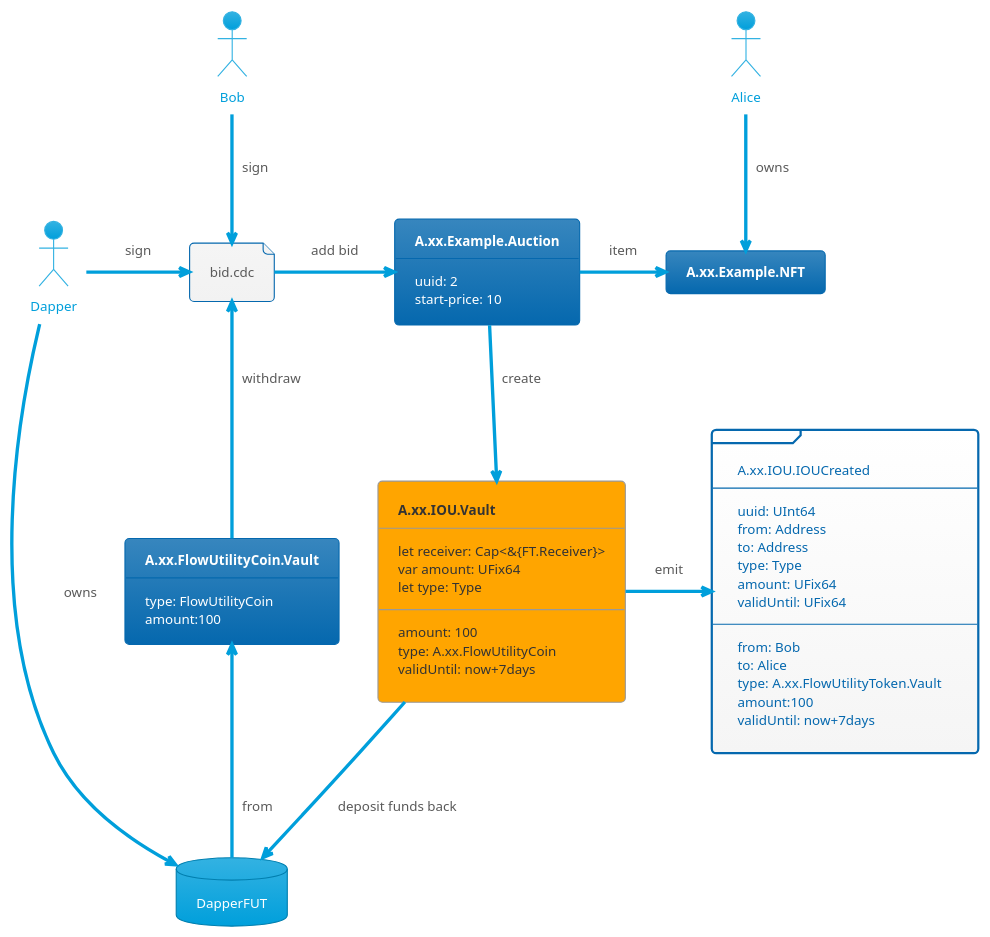
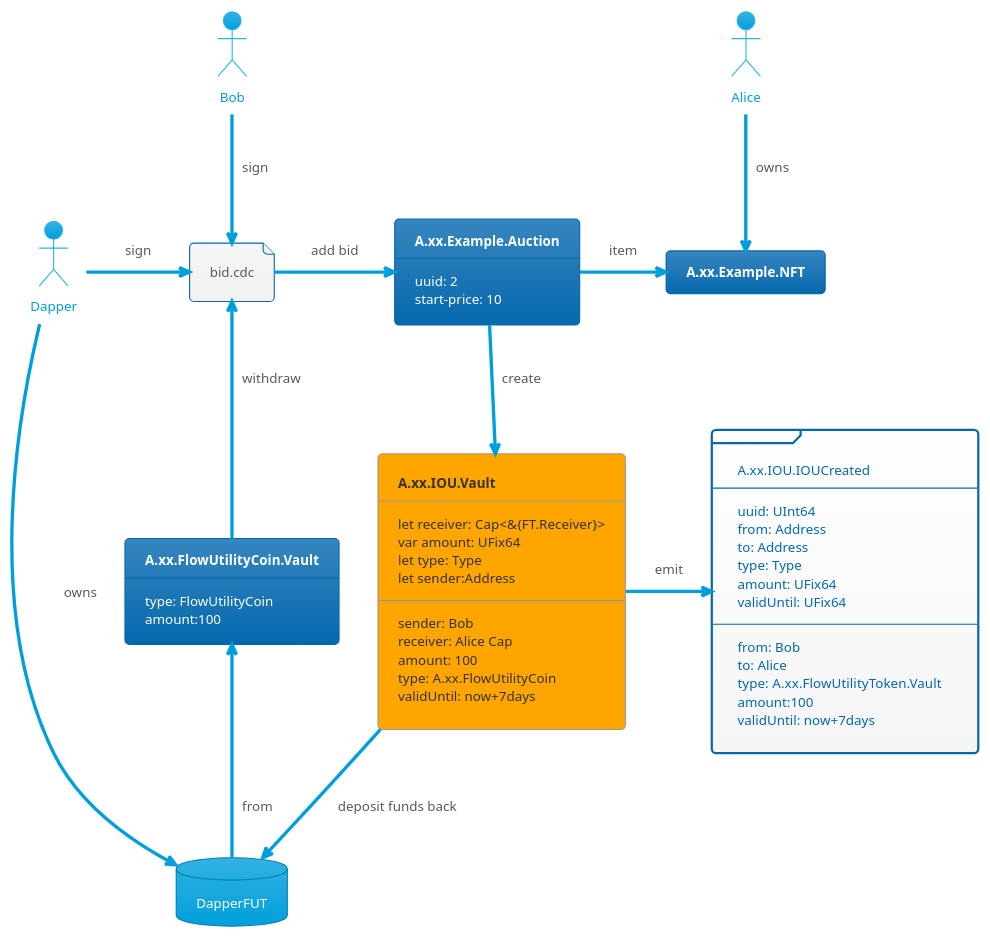
Before and after one commit to findonflow/iou: the diagram in bid.puml, drawn with PlantUML. The commit also changed 7 other files, not shown here.

```diff
--- a/bid.puml
+++ b/bid.puml
@@ -1,78 +1,81 @@
 @startuml
 !theme bluegray
 
 actor Bob
 actor Alice
 actor Dapper
 
 Database DapperFUT 
 
 file Bid [
     bid.cdc
 ]
 
 frame ioucreated [
     A.xx.IOU.IOUCreated
     ---
     uuid: UInt64
     from: Address
     to: Address
     type: Type
     amount: UFix64
     validUntil: UFix64
     ---
     from: Bob
     to: Alice
     type: A.xx.FlowUtilityToken.Vault
     amount:100
     validUntil: now+7days
 ]
 
 
 card Vault [
         <b>A.xx.FlowUtilityCoin.Vault
         ---
         type: FlowUtilityCoin
         amount:100
     ]
 
 
 card NFT [
     <b>A.xx.Example.NFT
 ]
 
 card Auction [
     <b>A.xx.Example.Auction
     ---
     uuid: 2
     start-price: 10
 ]
 
 agent IOU [
     <b>A.xx.IOU.Vault
     ---
     let receiver: Cap<&{FT.Receiver}>
     var amount: UFix64
     let type: Type
+    let sender:Address
     ---
+    sender: Bob
+    receiver: Alice Cap
     amount: 100
     type: A.xx.FlowUtilityCoin
     validUntil: now+7days
 ]
 
 Bob --> Bid : sign
 Dapper -right-> Bid: sign
 
 Bid -right-> Auction: add bid
 Auction --> IOU : create
 Bid <-- Vault : withdraw
 Vault <-- DapperFUT: from
 Dapper --> DapperFUT : owns
 
 IOU --> DapperFUT: deposit funds back
 Auction -right-> NFT : item 
 
 IOU -right-> ioucreated: emit
 Alice --> NFT : owns
 
 @enduml
```
